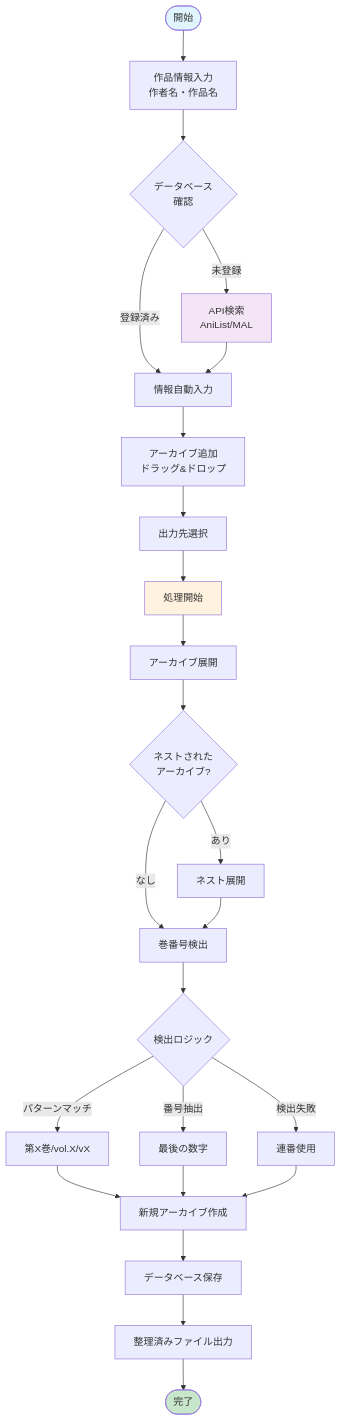
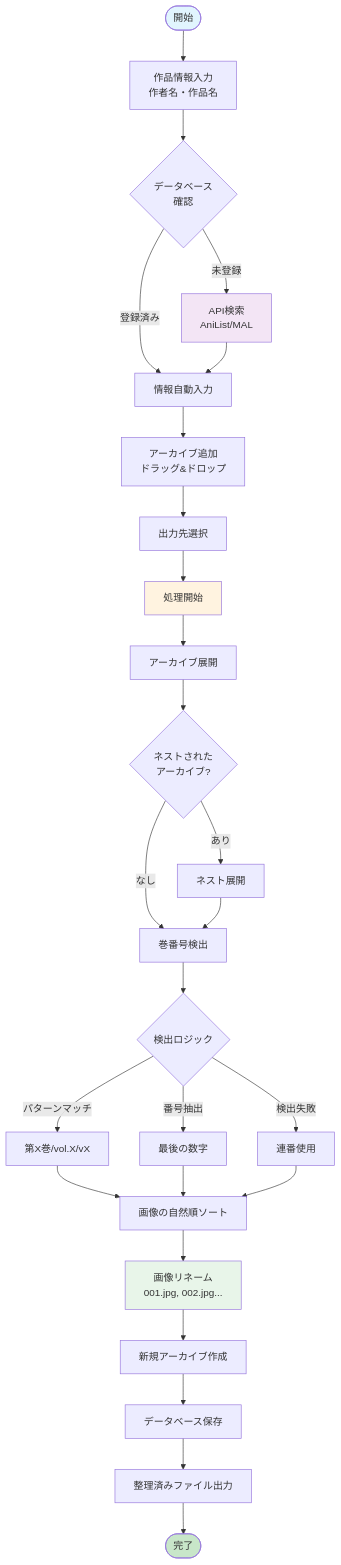
The first of 2 diagrams in manga-organizer/README.md (koupent/manga-organizer), drawn with Mermaid before and after one commit. The commit also changed other lines of this file and 2 other files, not shown here.

Commit message:
バージョン3.6.0のリリースに伴い、画像リネーム機能を追加しました。アーカイブ内の画像を連番（001.jpg, 002.jpg...）に自動リネームし、自然順ソートアルゴリズムを実装しました。元の拡張子を保持し、漫画リーダーとの互換性を向上させました。また、READMEとCHANGELOGを更新し、新機能の詳細を記載しました。

````diff
--- a/manga-organizer/README.md
+++ b/manga-organizer/README.md
@@ -7,35 +7,39 @@
 ```mermaid
 flowchart TB
     Start([開始]) --> Input[作品情報入力<br/>作者名・作品名]
     Input --> CheckDB{データベース<br/>確認}
     CheckDB -->|登録済み| LoadInfo[情報自動入力]
     CheckDB -->|未登録| APISearch[API検索<br/>AniList/MAL]
     APISearch --> LoadInfo
     LoadInfo --> AddFiles[アーカイブ追加<br/>ドラッグ&ドロップ]
     AddFiles --> SelectOutput[出力先選択]
     SelectOutput --> Process[処理開始]
 
     Process --> Extract[アーカイブ展開]
     Extract --> DetectNested{ネストされた<br/>アーカイブ?}
     DetectNested -->|あり| ExtractNested[ネスト展開]
     DetectNested -->|なし| DetectVolume
     ExtractNested --> DetectVolume[巻番号検出]
 
     DetectVolume --> VolumeLogic{検出ロジック}
     VolumeLogic -->|パターンマッチ| Pattern[第X巻/vol.X/vX]
     VolumeLogic -->|番号抽出| Numbers[最後の数字]
     VolumeLogic -->|検出失敗| Index[連番使用]
 
-    Pattern --> CreateArchive
-    Numbers --> CreateArchive
-    Index --> CreateArchive[新規アーカイブ作成]
+    Pattern --> SortImages
+    Numbers --> SortImages
+    Index --> SortImages[画像の自然順ソート]
+
+    SortImages --> RenameImages[画像リネーム<br/>001.jpg, 002.jpg...]
+    RenameImages --> CreateArchive[新規アーカイブ作成]
 
     CreateArchive --> SaveDB[データベース保存]
     SaveDB --> Output[整理済みファイル出力]
     Output --> End([完了])
 
     style Start fill:#e1f5fe
     style End fill:#c8e6c9
     style Process fill:#fff3e0
     style APISearch fill:#f3e5f5
+    style RenameImages fill:#e8f5e9
 ```
````
